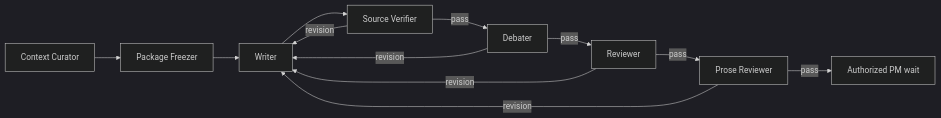
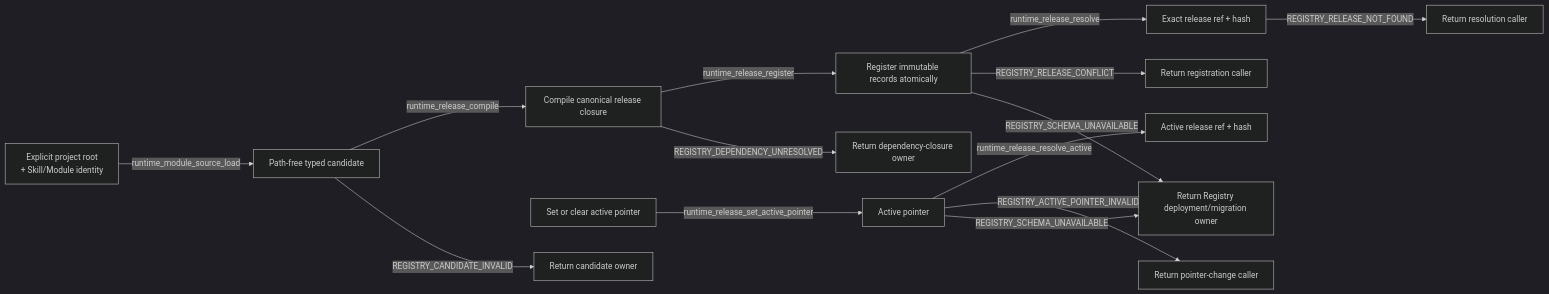
The diagram in designDoc/agent_runtime_01_module_contract_and_assembly.md (bobaoai/agent_runtime), drawn with Mermaid (dark theme) before and after one commit. The commit also changed other lines of this file and 80 other files, not shown here.

Commit message:
feat: close runtime registry slices 2a-2d

````diff
--- a/designDoc/agent_runtime_01_module_contract_and_assembly.md
+++ b/designDoc/agent_runtime_01_module_contract_and_assembly.md
@@ -1026,14 +74,16 @@
 ```mermaid
 flowchart LR
-    C["Context Curator"] --> F["Package Freezer"]
-    F --> W["Writer"]
-    W --> S["Source Verifier"]
-    S -->|revision| W
-    S -->|pass| D["Debater"]
-    D -->|revision| W
-    D -->|pass| R["Reviewer"]
-    R -->|revision| W
-    R -->|pass| P["Prose Reviewer"]
-    P -->|revision| W
-    P -->|pass| H["Authorized PM wait"]
+    S["Explicit project root<br/>+ Skill/Module identity"] -->|"runtime_module_source_load"| C["Path-free typed candidate"]
+    C["Path-free typed candidate"] -->|"runtime_release_compile"| K["Compile canonical release closure"]
+    K -->|"runtime_release_register"| R["Register immutable records atomically"]
+    T["Set or clear active pointer"] -->|"runtime_release_set_active_pointer"| P["Active pointer"]
+    R -->|"runtime_release_resolve"| O["Exact release ref + hash"]
+    P -->|"runtime_release_resolve_active"| H["Active release ref + hash"]
+    C -->|REGISTRY_CANDIDATE_INVALID| FC["Return candidate owner"]
+    K -->|REGISTRY_DEPENDENCY_UNRESOLVED| FD["Return dependency-closure owner"]
+    R -->|REGISTRY_RELEASE_CONFLICT| FR["Return registration caller"]
+    P -->|REGISTRY_ACTIVE_POINTER_INVALID| FA["Return pointer-change caller"]
+    O -->|REGISTRY_RELEASE_NOT_FOUND| FN["Return resolution caller"]
+    R -->|REGISTRY_SCHEMA_UNAVAILABLE| FS["Return Registry deployment/migration owner"]
+    P -->|REGISTRY_SCHEMA_UNAVAILABLE| FS
 ```
````
